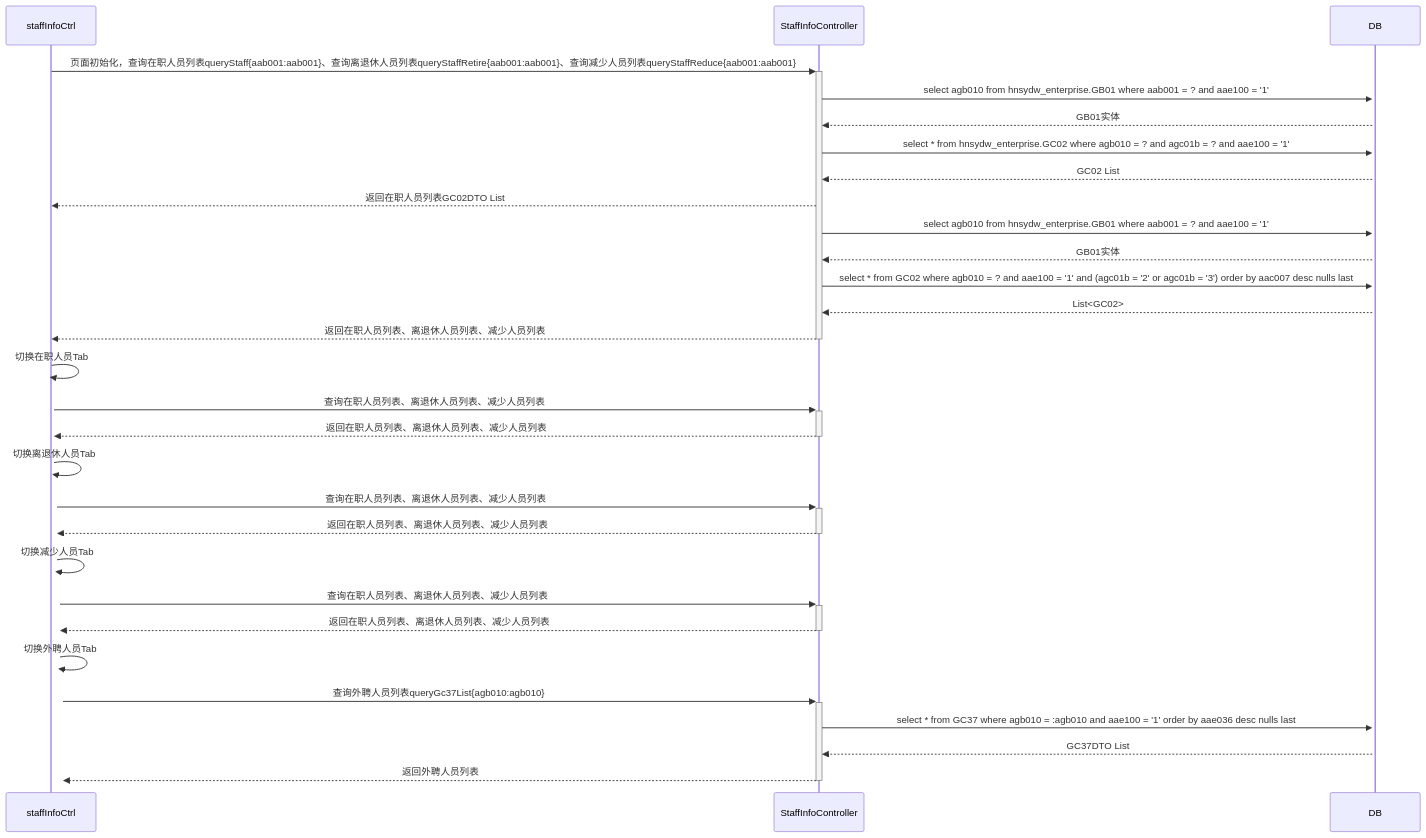
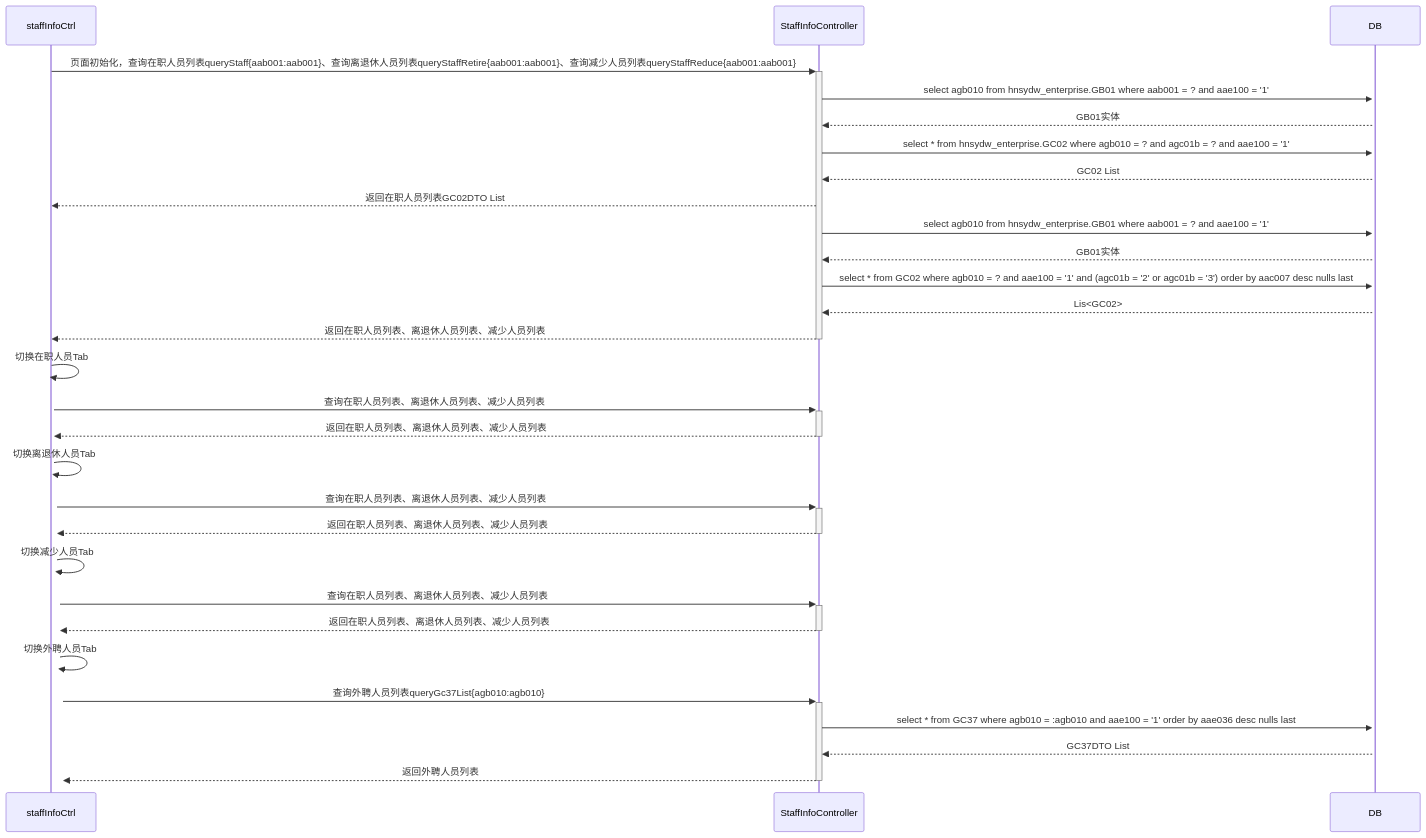
One commit to ZhangJianBeiJing/iodraw-files changed the diagram in all/人员基本信息初始化页面多Tab调用业务流程.md. Above: the diagram before and after it, drawn with Mermaid.

Commit message:
2025-03-25 10:48:05 update

````diff
--- a/all/人员基本信息初始化页面多Tab调用业务流程.md
+++ b/all/人员基本信息初始化页面多Tab调用业务流程.md
@@ -1,30 +1,30 @@
 ```mermaid
 sequenceDiagram
     staffInfoCtrl->>+StaffInfoController: 页面初始化，查询在职人员列表queryStaff{aab001:aab001}、查询离退休人员列表queryStaffRetire{aab001:aab001}、查询减少人员列表queryStaffReduce{aab001:aab001}
     
     StaffInfoController->>+DB:select agb010 from hnsydw_enterprise.GB01 where aab001 = ? and aae100 = '1'
     DB-->>StaffInfoController:GB01实体
     StaffInfoController->>+DB:select * from hnsydw_enterprise.GC02 where agb010 = ? and agc01b = ? and aae100 = '1'
     DB-->>StaffInfoController:GC02 List
     StaffInfoController-->>staffInfoCtrl:返回在职人员列表GC02DTO List
     
     StaffInfoController->>+DB:select agb010 from hnsydw_enterprise.GB01 where aab001 = ? and aae100 = '1'
     DB-->>StaffInfoController:GB01实体
     StaffInfoController->>+DB:select * from GC02 where agb010 = ? and aae100 = '1' and (agc01b = '2' or agc01b = '3') order by aac007 desc nulls last 
-    DB-->>StaffInfoController:List<GC02>
+    DB-->>StaffInfoController:Lis<GC02>
     StaffInfoController-->>-staffInfoCtrl:返回在职人员列表、离退休人员列表、减少人员列表
     staffInfoCtrl->>+staffInfoCtrl:切换在职人员Tab
     staffInfoCtrl->>+StaffInfoController:查询在职人员列表、离退休人员列表、减少人员列表
     StaffInfoController-->>-staffInfoCtrl:返回在职人员列表、离退休人员列表、减少人员列表
     staffInfoCtrl->>+staffInfoCtrl:切换离退休人员Tab
     staffInfoCtrl->>+StaffInfoController:查询在职人员列表、离退休人员列表、减少人员列表
     StaffInfoController-->>-staffInfoCtrl:返回在职人员列表、离退休人员列表、减少人员列表
     staffInfoCtrl->>+staffInfoCtrl:切换减少人员Tab
     staffInfoCtrl->>+StaffInfoController:查询在职人员列表、离退休人员列表、减少人员列表
     StaffInfoController-->>-staffInfoCtrl:返回在职人员列表、离退休人员列表、减少人员列表
     staffInfoCtrl->>+staffInfoCtrl:切换外聘人员Tab
     staffInfoCtrl->>+StaffInfoController:查询外聘人员列表queryGc37List{agb010:agb010}
     StaffInfoController->>+DB:select * from GC37 where agb010 = :agb010 and aae100 = '1' order by aae036 desc nulls last
     DB-->>StaffInfoController:GC37DTO List 
     StaffInfoController-->>-staffInfoCtrl:返回外聘人员列表
 ```
````
